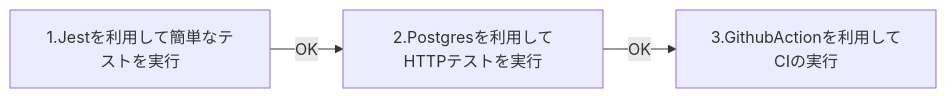
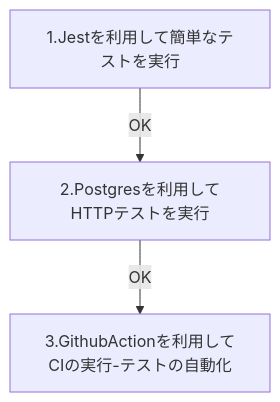
Before and after one commit to AkihitoNakano/Jest-Test-Ci-tuts: the diagram in README.md, drawn with Mermaid. The commit also changed other lines of this file and 1 other file, not shown here.

````diff
--- a/README.md
+++ b/README.md
@@ -23,5 +25,5 @@
 ```mermaid
-flowchart LR
-1.Jestを利用して簡単なテストを実行 -->|OK| 2.Postgresを利用してHTTPテストを実行 --> |OK|3.GithubActionを利用してCIの実行
+flowchart TD
+1.Jestを利用して簡単なテストを実行 -->|OK| 2.Postgresを利用してHTTPテストを実行 --> |OK|3.GithubActionを利用してCIの実行-テストの自動化
 
 ```
````
